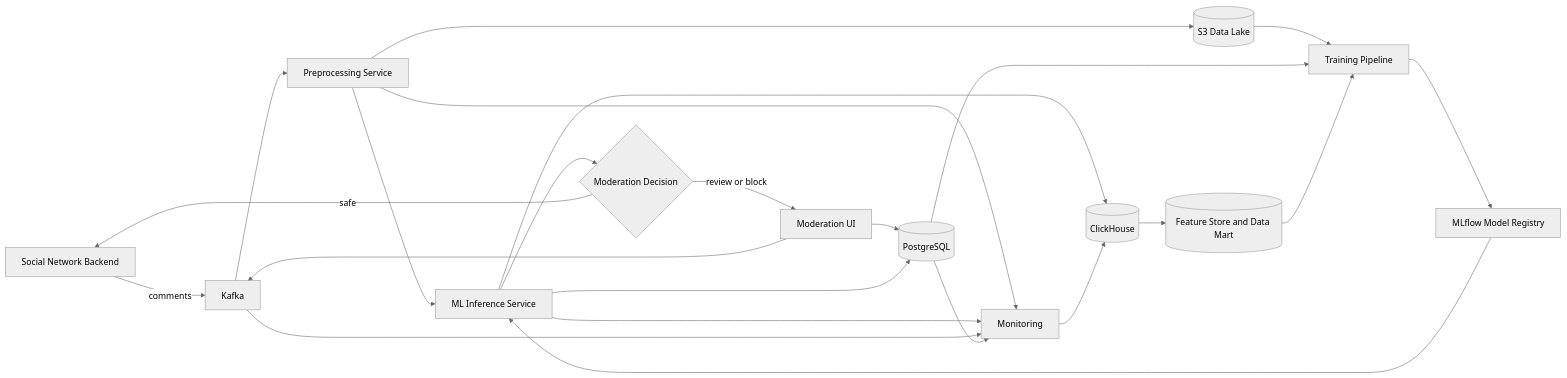
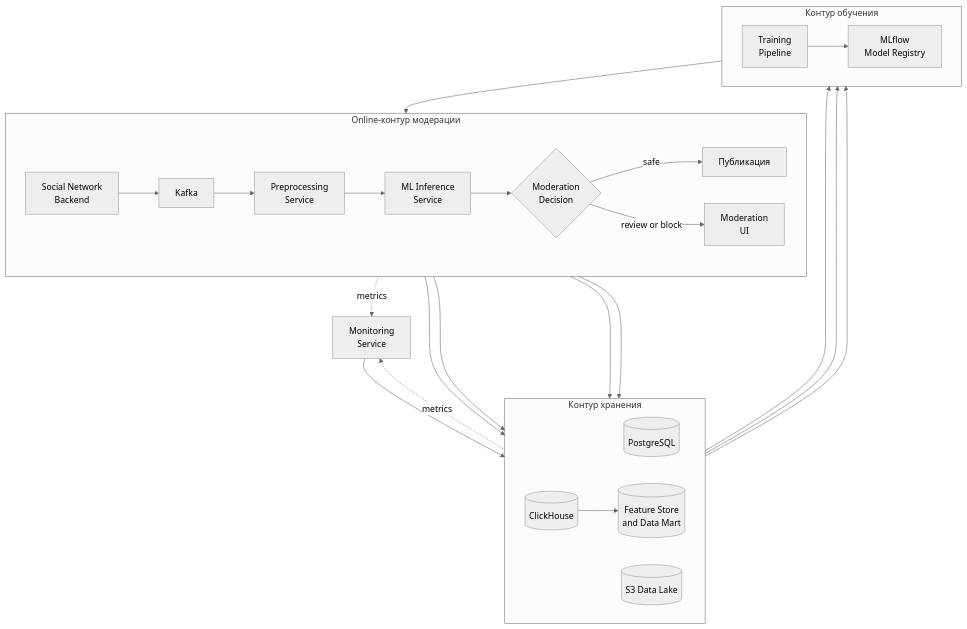
Before and after one commit to Alexander-Prel/priss: the diagram in diagrams/system_architecture.md, drawn with Mermaid (neutral theme). The commit also changed 6 other files, not shown here.

Commit message:
Improve document flow and Mermaid diagrams

````diff
--- a/diagrams/system_architecture.md
+++ b/diagrams/system_architecture.md
@@ -5,27 +5,40 @@
 ```mermaid
-flowchart LR
-    SN[Social Network Backend] -->|comments| K[Kafka]
-    K --> P[Preprocessing Service]
-    P --> I[ML Inference Service]
-    I --> D{Moderation Decision}
-    D -->|safe| SN
-    D -->|review or block| UI[Moderation UI]
-    UI --> PG[(PostgreSQL)]
+flowchart TB
+    subgraph ONLINE[Online-контур модерации]
+        direction LR
+        SN[Social Network<br/>Backend] --> K[Kafka]
+        K --> P[Preprocessing<br/>Service]
+        P --> I[ML Inference<br/>Service]
+        I --> D{Moderation<br/>Decision}
+        D -->|safe| PUB[Публикация]
+        D -->|review or block| UI[Moderation<br/>UI]
+    end
+
+    subgraph DATA[Контур хранения]
+        direction LR
+        PG[(PostgreSQL)]
+        S3[(S3 Data Lake)]
+        CH[(ClickHouse)]
+        DM[(Feature Store<br/>and Data Mart)]
+        CH --> DM
+    end
+
+    subgraph MLOPS[Контур обучения]
+        direction LR
+        T[Training<br/>Pipeline] --> MR[MLflow<br/>Model Registry]
+    end
+
+    M[Monitoring<br/>Service]
+
+    UI --> PG
     I --> PG
-    P --> S3[(S3 Data Lake)]
-    I --> CH[(ClickHouse)]
-    CH --> DM[(Feature Store and Data Mart)]
-    UI --> K
-
-    MR[MLflow Model Registry] --> I
-    S3 --> T[Training Pipeline]
+    P --> S3
+    I --> CH
+    S3 --> T
     PG --> T
     DM --> T
-    T --> MR
-
-    P --> M[Monitoring]
-    I --> M
-    K --> M
-    PG --> M
+    MR --> I
+    ONLINE -. metrics .-> M
+    DATA -. metrics .-> M
     M --> CH
 ```
````
